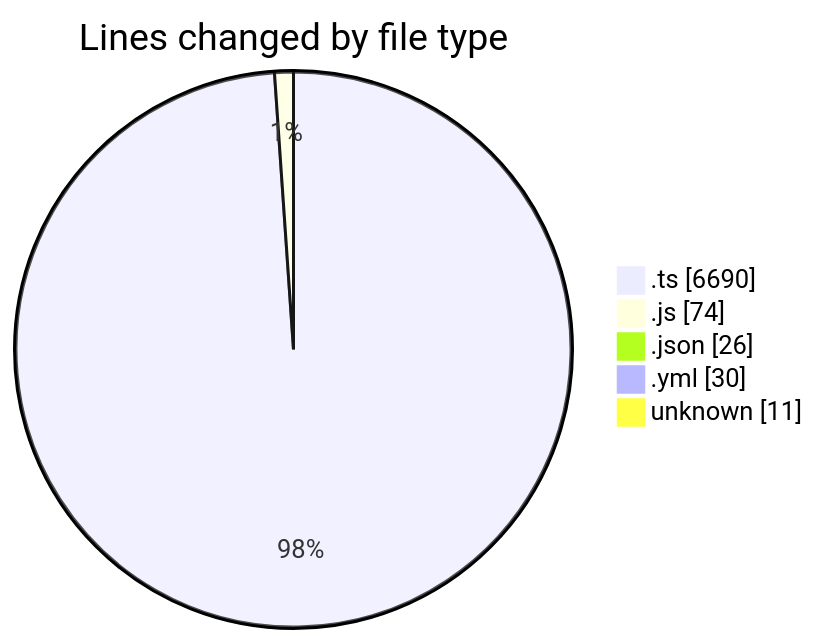
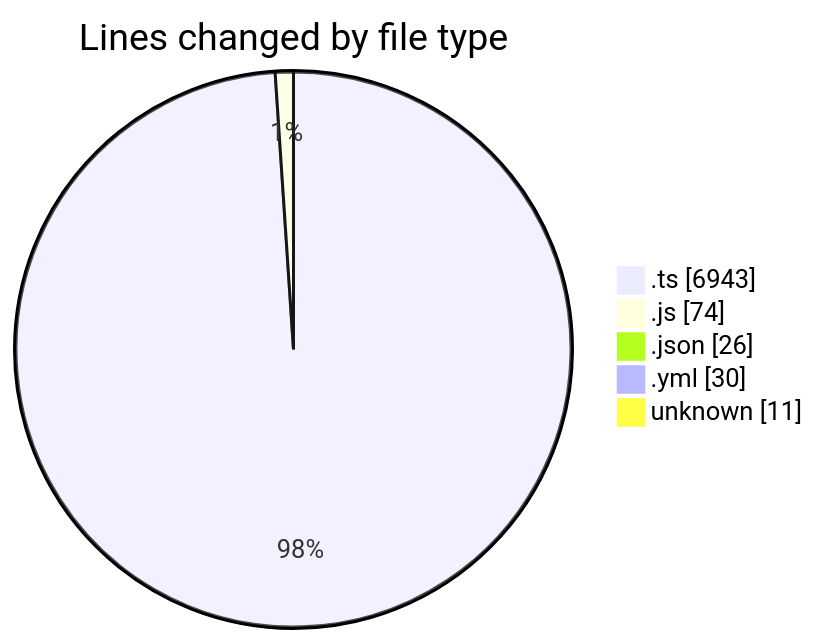
Before and after one commit to tmsrecording-cyber/code-tracking: the first of 2 diagrams in 2026-02-07/singularitybrainai/README.md, drawn with Mermaid. The commit also changed other lines of this file and 1 other file, not shown here.

````diff
--- a/2026-02-07/singularitybrainai/README.md
+++ b/2026-02-07/singularitybrainai/README.md
@@ -37,9 +38,9 @@
 ```mermaid
 pie showData
 title Lines changed by file type
-".ts" : 6690
+".ts" : 6943
 ".js" : 74
 ".json" : 26
 ".yml" : 30
 "unknown" : 11
 ```
````
